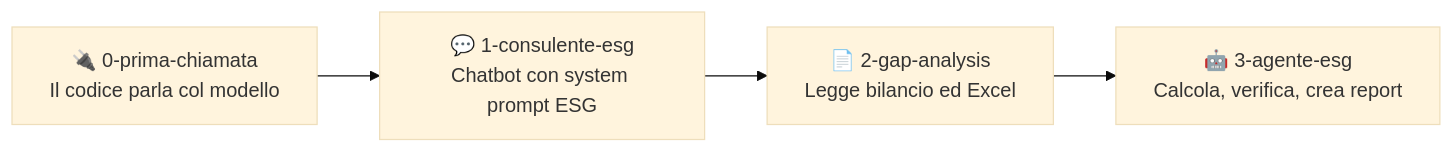
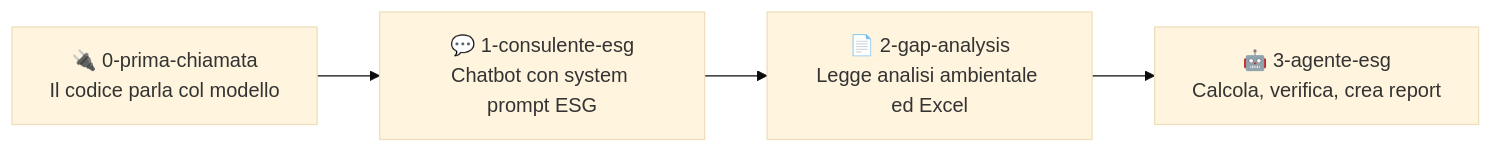
One commit to skunkrm/gen-eng-sust-workshop changed the diagram in README.md. Above: the diagram before and after it, drawn with Mermaid (base theme). The commit also changed other lines of this file and 5 other files, not shown here.

Commit message:
Caso ISO 14001: analisi ambientale e dati 2025

````diff
--- a/README.md
+++ b/README.md
@@ -103,6 +103,6 @@
 ```mermaid
 flowchart LR
     A["🔌 0-prima-chiamata\nIl codice parla col modello"] --> B["💬 1-consulente-esg\nChatbot con system prompt ESG"]
-    B --> C["📄 2-gap-analysis\nLegge bilancio ed Excel"]
+    B --> C["📄 2-gap-analysis\nLegge analisi ambientale ed Excel"]
     C --> D["🤖 3-agente-esg\nCalcola, verifica, crea report"]
 ```
````
